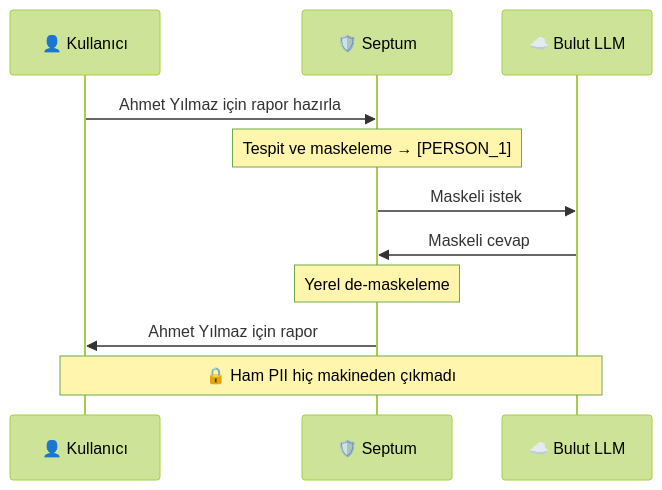
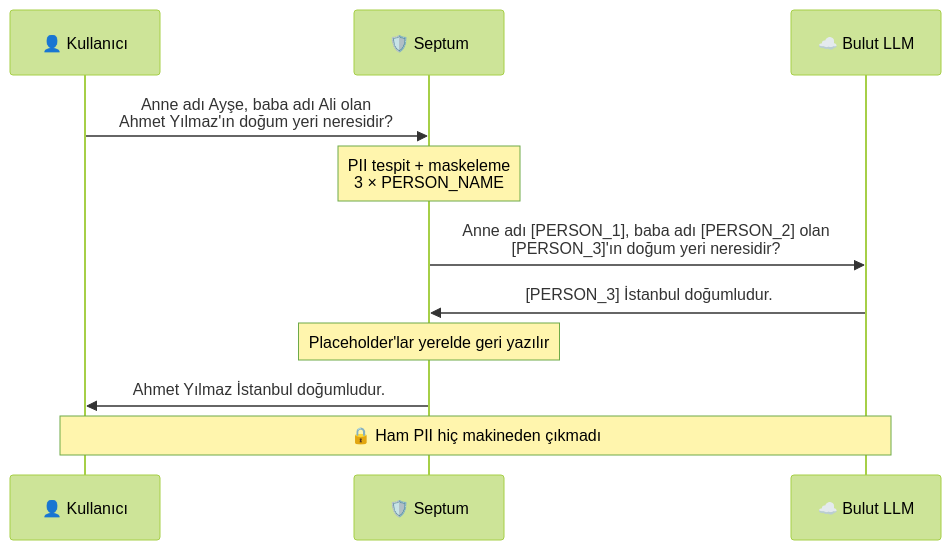
Before and after one commit to byerlikaya/Septum: the diagram in README.tr.md, drawn with Mermaid (forest theme). The commit also changed other lines of this file and 3 other files, not shown here.

````diff
--- a/README.tr.md
+++ b/README.tr.md
@@ -82,13 +70,13 @@
 ```mermaid
 sequenceDiagram
     participant U as 👤 Kullanıcı
     participant S as 🛡️ Septum
     participant L as ☁️ Bulut LLM
-    U->>S: Ahmet Yılmaz için rapor hazırla
-    Note over S: Tespit ve maskeleme → [PERSON_1]
-    S->>L: Maskeli istek
-    L->>S: Maskeli cevap
-    Note over S: Yerel de-maskeleme
-    S->>U: Ahmet Yılmaz için rapor
+    U->>S: Anne adı Ayşe, baba adı Ali olan <br/> Ahmet Yılmaz'ın doğum yeri neresidir?
+    Note over S: PII tespit + maskeleme<br/>3 × PERSON_NAME
+    S->>L: Anne adı [PERSON_1], baba adı [PERSON_2] olan <br/> [PERSON_3]'ın doğum yeri neresidir?
+    L->>S: [PERSON_3] İstanbul doğumludur.
+    Note over S: Placeholder'lar yerelde geri yazılır
+    S->>U: Ahmet Yılmaz İstanbul doğumludur.
     Note over U,L: 🔒 Ham PII hiç makineden çıkmadı
 ```
````
